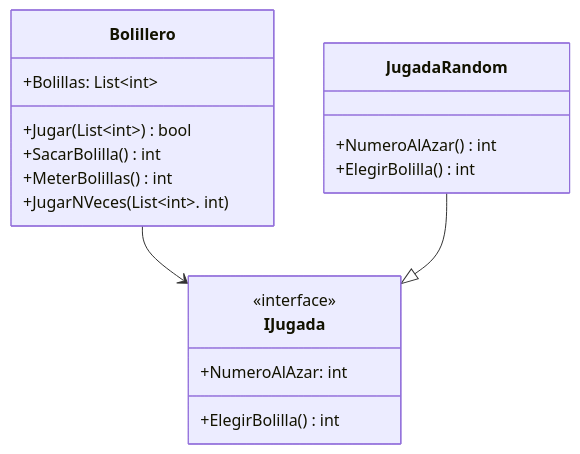
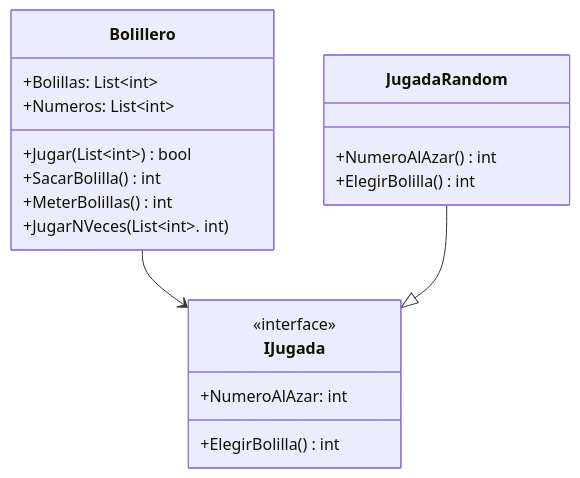
Before and after one commit to SaraCastro124/Tp-bolillero: the diagram in docs/README.md, drawn with Mermaid. The commit also changed 2 other files, not shown here.

````diff
--- a/docs/README.md
+++ b/docs/README.md
@@ -3,22 +3,23 @@
 ```mermaid
 classDiagram
     class Bolillero{
         +Bolillas: List~int~
+        +Numeros: List~int~
         +Jugar(List~int~) bool
         +SacarBolilla() int
         +MeterBolillas() int
         +JugarNVeces(List~int~. int) 
     }
     class IJugada{
         <<interface>>
         +NumeroAlAzar: int
         +ElegirBolilla() int
     }
     class JugadaRandom{
         +NumeroAlAzar() int
         +ElegirBolilla() int
     }
     Bolillero --> IJugada
     JugadaRandom --|> IJugada
     
 ```
````
